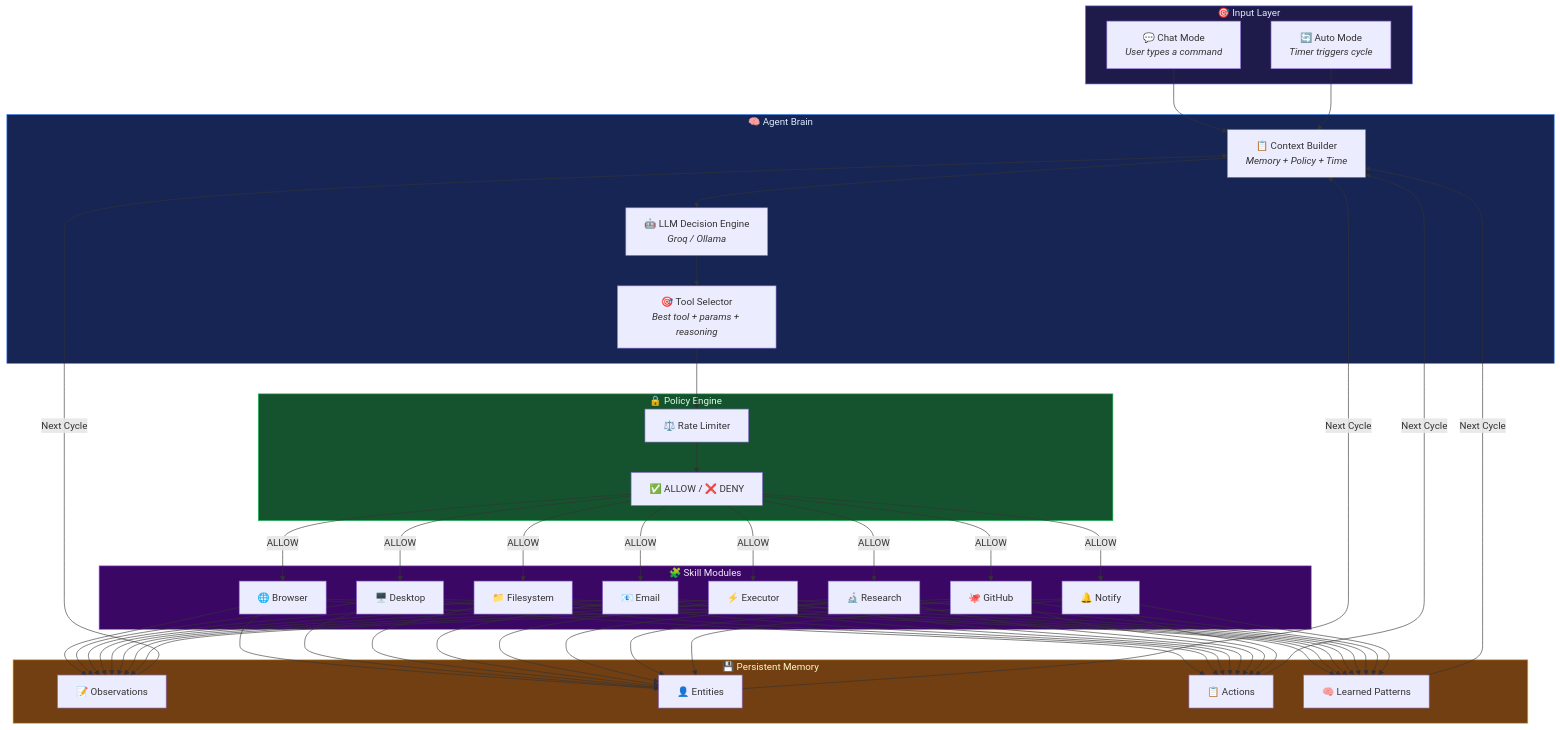
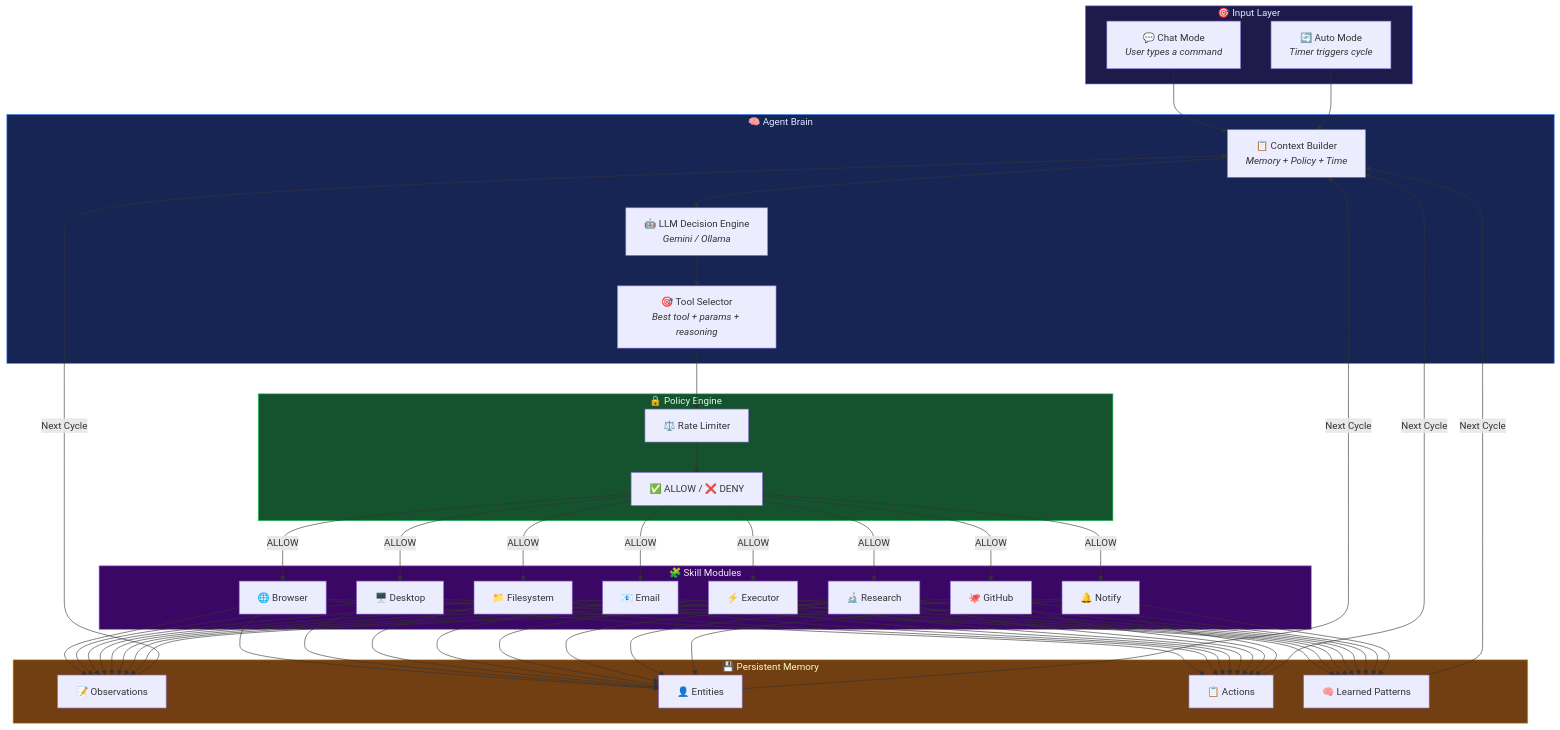
The first of 2 diagrams in README.md (rktm0604/RKTM83), drawn with Mermaid before and after one commit. The commit also changed other lines of this file and 1 other file, not shown here.

Commit message:
docs: remove remaining references to Groq

````diff
--- a/README.md
+++ b/README.md
@@ -52,52 +52,52 @@
 ```mermaid
 graph TB
     subgraph INPUT["🎯 Input Layer"]
         A["💬 Chat Mode<br><i>User types a command</i>"]
         B["🔄 Auto Mode<br><i>Timer triggers cycle</i>"]
     end
 
     subgraph BRAIN["🧠 Agent Brain"]
         C["📋 Context Builder<br><i>Memory + Policy + Time</i>"]
-        D["🤖 LLM Decision Engine<br><i>Groq / Ollama</i>"]
+        D["🤖 LLM Decision Engine<br><i>Gemini / Ollama</i>"]
         E["🎯 Tool Selector<br><i>Best tool + params + reasoning</i>"]
     end
 
     subgraph POLICY["🔒 Policy Engine"]
         F["⚖️ Rate Limiter"]
         G["✅ ALLOW / ❌ DENY"]
     end
 
     subgraph SKILLS["🧩 Skill Modules"]
         H["🌐 Browser"]
         I["🖥️ Desktop"]
         J["📁 Filesystem"]
         K["📧 Email"]
         L["⚡ Executor"]
         M["🔬 Research"]
         N["🐙 GitHub"]
         O["🔔 Notify"]
     end
 
     subgraph MEMORY["💾 Persistent Memory"]
         P["📝 Observations"]
         Q["👤 Entities"]
         R["📋 Actions"]
         S["🧠 Learned Patterns"]
     end
 
     A --> C
     B --> C
     C --> D
     D --> E
     E --> F
     F --> G
     G -->|"ALLOW"| H & I & J & K & L & M & N & O
     H & I & J & K & L & M & N & O --> P & Q & R & S
     P & Q & R & S -->|"Next Cycle"| C
 
     style INPUT fill:#1e1b4b,stroke:#6366f1,color:#e0e7ff
     style BRAIN fill:#172554,stroke:#3b82f6,color:#dbeafe
     style POLICY fill:#14532d,stroke:#22c55e,color:#dcfce7
     style SKILLS fill:#3b0764,stroke:#a855f7,color:#f3e8ff
     style MEMORY fill:#713f12,stroke:#eab308,color:#fef9c3
 ```
````
